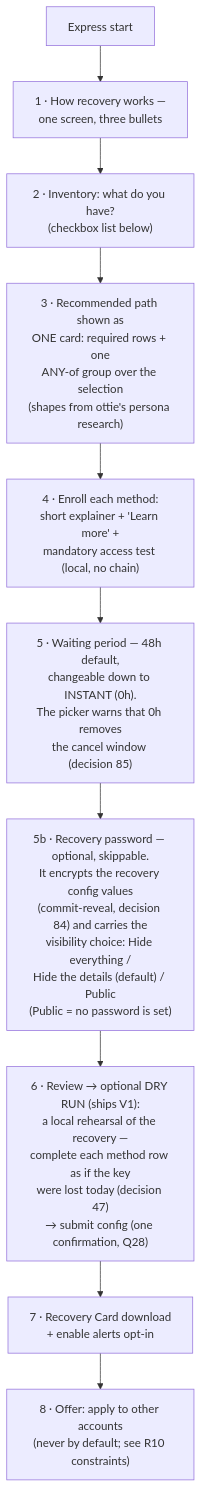
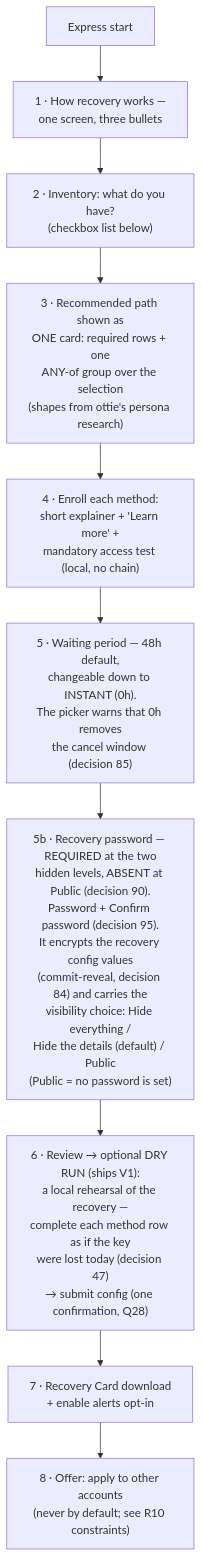
Before and after one commit to FiboAtWonder/kohaku-extension: the fourth of 14 diagrams in social-recovery-ux-flows.md, drawn with Mermaid. The commit also changed other lines of this file and 5 other files, not shown here.

````diff
--- a/social-recovery-ux-flows.md
+++ b/social-recovery-ux-flows.md
@@ -113,12 +113,12 @@
 ```mermaid
 flowchart TD
     A[Express start] --> B["1 · How recovery works —<br/>one screen, three bullets"]
     B --> C["2 · Inventory: what do you have?<br/>(checkbox list below)"]
     C --> D["3 · Recommended path shown as<br/>ONE card: required rows + one<br/>ANY-of group over the selection<br/>(shapes from ottie's persona research)"]
     D --> E["4 · Enroll each method:<br/>short explainer + 'Learn more' +<br/>mandatory access test (local, no chain)"]
     E --> F["5 · Waiting period — 48h default,<br/>changeable down to INSTANT (0h).<br/>The picker warns that 0h removes<br/>the cancel window (decision 85)"]
-    F --> PW["5b · Recovery password — optional, skippable.<br/>It encrypts the recovery config values<br/>(commit-reveal, decision 84) and carries the<br/>visibility choice: Hide everything /<br/>Hide the details (default) / Public<br/>(Public = no password is set)"]
+    F --> PW["5b · Recovery password — REQUIRED at the two<br/>hidden levels, ABSENT at Public (decision 90).<br/>Password + Confirm password (decision 95).<br/>It encrypts the recovery config values<br/>(commit-reveal, decision 84) and carries the<br/>visibility choice: Hide everything /<br/>Hide the details (default) / Public<br/>(Public = no password is set)"]
     PW --> G["6 · Review → optional DRY RUN (ships V1):<br/>a local rehearsal of the recovery —<br/>complete each method row as if the key<br/>were lost today (decision 47)<br/>→ submit config (one confirmation, Q28)"]
     G --> H["7 · Recovery Card download<br/>+ enable alerts opt-in"]
     H --> I["8 · Offer: apply to other accounts<br/>(never by default; see R10 constraints)"]
 ```
````
